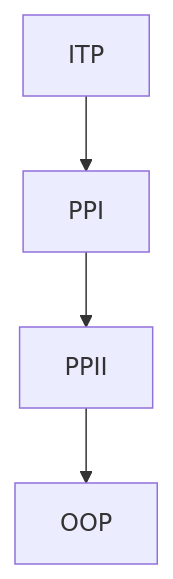
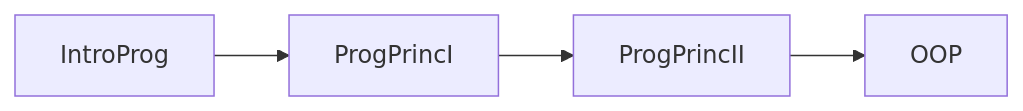
The first of 3 diagrams in README.md (BenagainB/CSDegreeInPython), drawn with Mermaid before and after one commit. The commit also changed other lines of this file, not shown here.

Commit message:
update mermaid

````diff
--- a/README.md
+++ b/README.md
@@ -56,6 +31,6 @@
 ```mermaid
-graph TD;
-    ITP-->PPI;
-    PPI-->PPII;
-    PPII-->OOP;
+graph LR;
+    IntroProg-->ProgPrincI;
+    ProgPrincI-->ProgPrincII;
+    ProgPrincII-->OOP;
 ```
````
